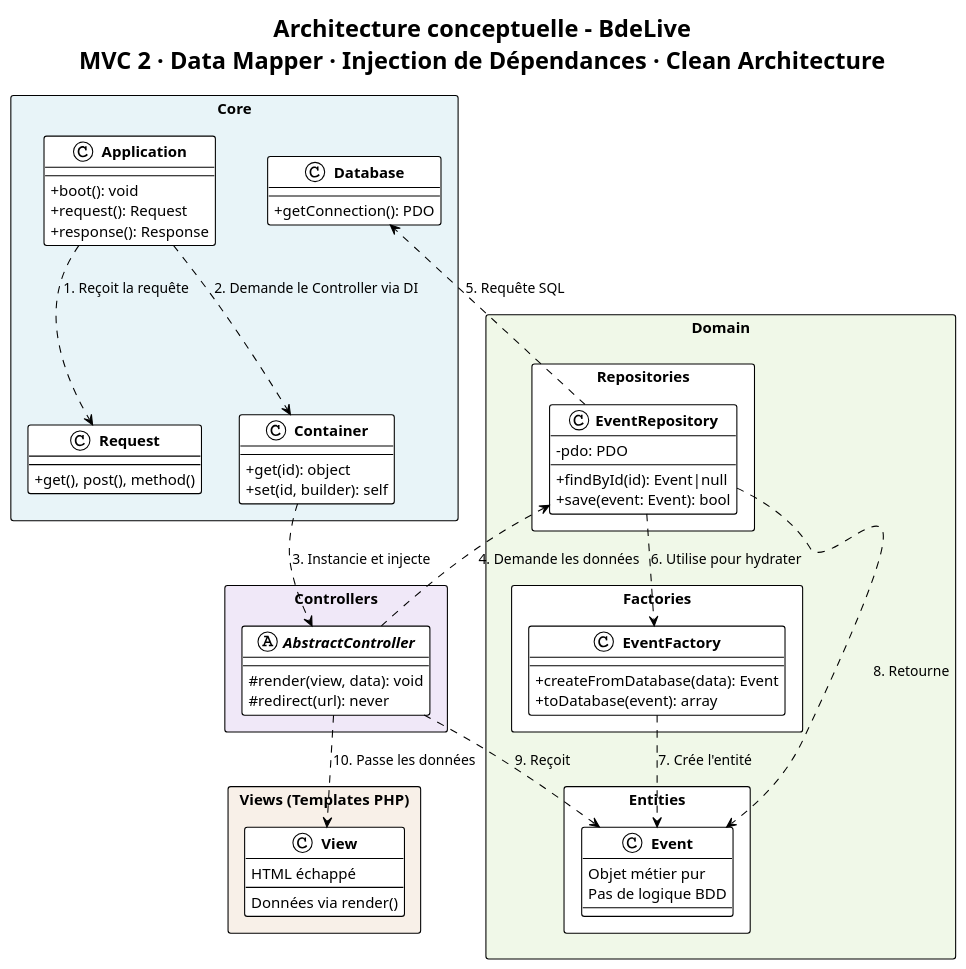
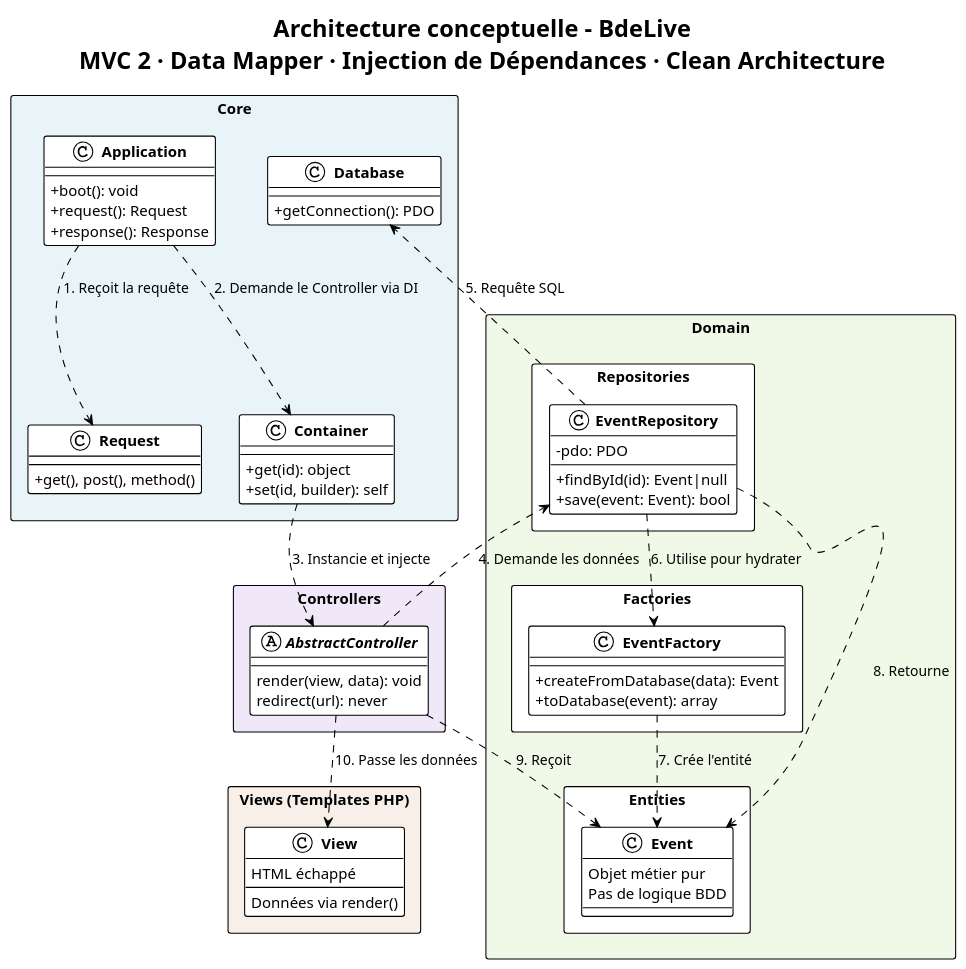
The diagram in docs/diagramme-classes.puml (AHAMED-Nasser/BdeLive), drawn with PlantUML before and after one commit.

Commit message:
docs: simplify class diagram in diagramme-classes.puml
- Removed specific architecture annotations for a cleaner representation.
- Adjusted the diagram to focus on essential class relationships and methods.
- Ensured consistency with the current architectural patterns in the documentation.

```diff
--- a/docs/diagramme-classes.puml
+++ b/docs/diagramme-classes.puml
@@ -1,81 +1,80 @@
-@startuml BdeLive - Architecture conceptuelle (MVC 2 + Data Mapper + DI)
+@startuml
 !theme plain
 skinparam classAttributeIconSize 0
 skinparam classFontStyle bold
 skinparam packageStyle rectangle
 
 title Architecture conceptuelle - BdeLive\nMVC 2 · Data Mapper · Injection de Dépendances · Clean Architecture
 
 ' ==================== COUCHE CORE ====================
 package "Core" #E8F4F8 {
   class Application {
     + boot(): void
     + request(): Request
     + response(): Response
   }
   class Request {
     + get(), post(), method()
   }
   class Container {
     + get(id): object
     + set(id, builder): self
   }
   class Database {
     + getConnection(): PDO
   }
 }
 
 ' ==================== COUCHE CONTROLLERS ====================
 package "Controllers" #F0E8F8 {
   abstract class AbstractController {
-    # render(view, data): void
-    # redirect(url): never
+     render(view, data): void
+     redirect(url): never
   }
 }
 
 ' ==================== COUCHE VIEWS ====================
 package "Views (Templates PHP)" #F8F0E8 {
   class View {
     Données via render()
     HTML échappé
   }
 }
 
 ' ==================== COUCHE DOMAIN (exemple Event) ====================
 package "Domain" #F0F8E8 {
   package "Repositories" {
     class EventRepository {
       - pdo: PDO
       + findById(id): Event|null
       + save(event: Event): bool
     }
   }
   package "Factories" {
     class EventFactory {
       + createFromDatabase(data): Event
       + toDatabase(event): array
     }
   }
   package "Entities" {
     class Event {
       Objet métier pur
       Pas de logique BDD
     }
   }
 }
 
 ' ==================== FLUX - CLEAN ARCHITECTURE (..> = dépendance) ====================
 Application ..> Request : 1. Reçoit la requête
 Application ..> Container : 2. Demande le Controller via DI
 Container ..> AbstractController : 3. Instancie et injecte
 
 AbstractController ..> EventRepository : 4. Demande les données
 EventRepository ..> Database : 5. Requête SQL
 EventRepository ..> EventFactory : 6. Utilise pour hydrater
 EventFactory ..> Event : 7. Crée l'entité
 
 EventRepository ..> Event : 8. Retourne
 AbstractController ..> Event : 9. Reçoit
 AbstractController ..> View : 10. Passe les données
-
 @enduml
```
